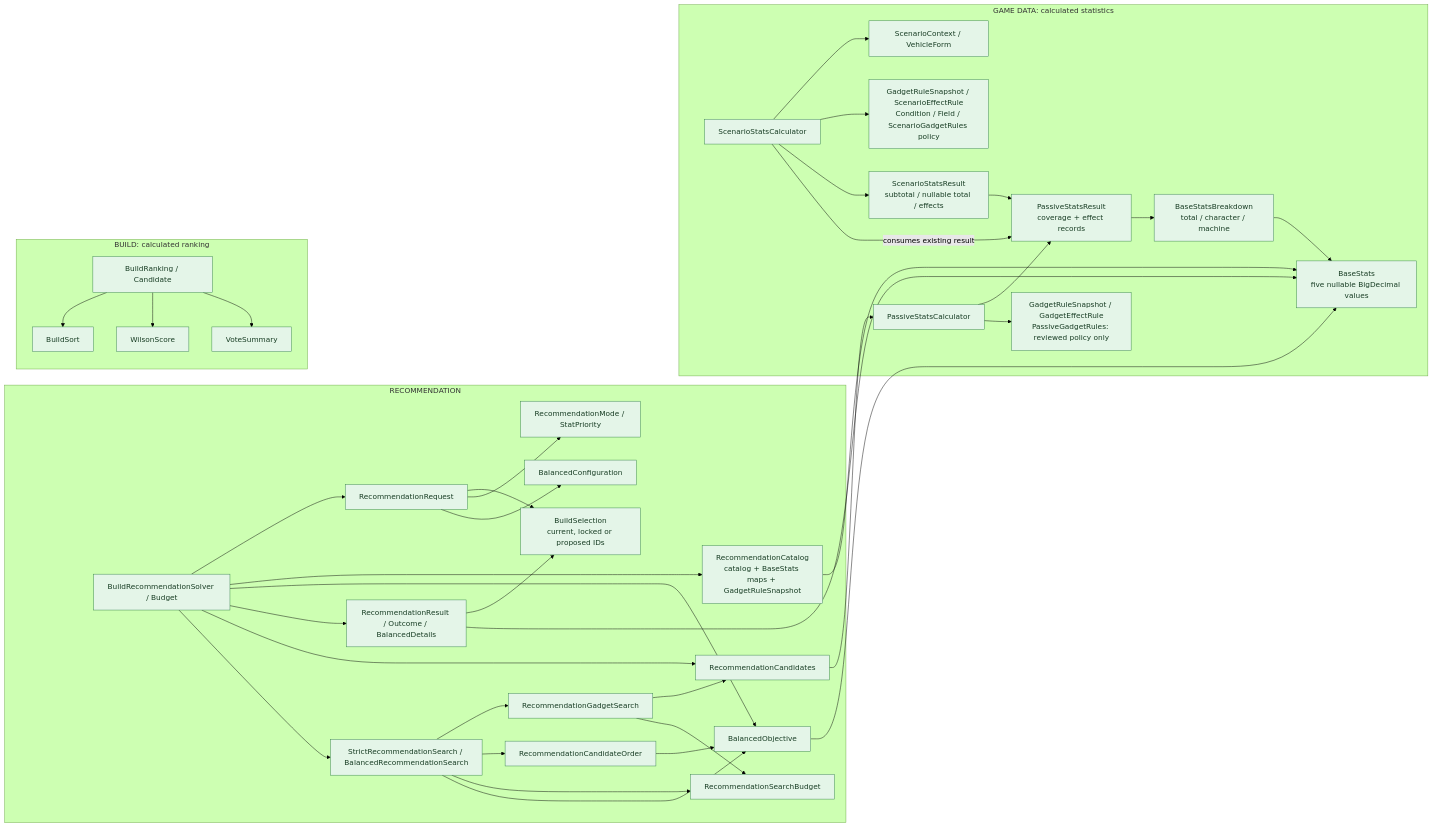
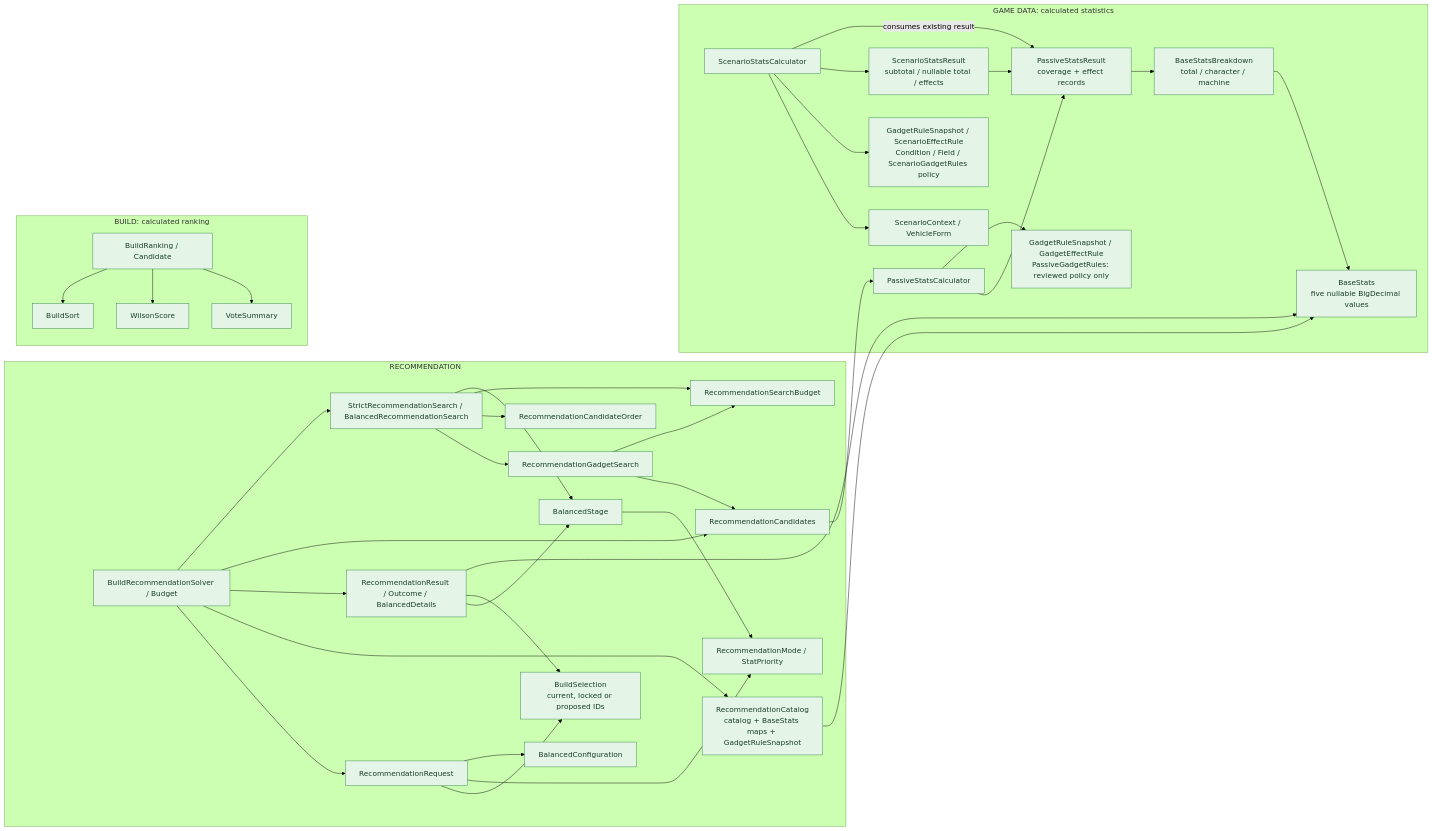
One commit to alexungu04genoff/RingLab changed the diagram in docs/architecture/domain-calculations.mmd. Above: the diagram before and after it, drawn with Mermaid (forest theme). The commit also changed 35 other files, not shown here.

```diff
--- a/docs/architecture/domain-calculations.mmd
+++ b/docs/architecture/domain-calculations.mmd
@@ -1,53 +1,52 @@
 flowchart LR
   subgraph recommendation["RECOMMENDATION"]
     request["RecommendationRequest"]:::domain
     selection["BuildSelection<br/>current, locked or proposed IDs"]:::domain
     mode["RecommendationMode / StatPriority"]:::domain
     config["BalancedConfiguration"]:::domain
     catalog["RecommendationCatalog<br/>catalog + BaseStats maps + GadgetRuleSnapshot"]:::domain
     solver["BuildRecommendationSolver / Budget"]:::domain
-    objective["BalancedObjective"]:::domain
+    objective["BalancedStage"]:::domain
     result["RecommendationResult / Outcome / BalancedDetails"]:::domain
     request --> selection
     request --> mode
     request --> config
     solver --> request
     solver --> catalog
-    solver --> objective
     solver --> result
     solver --> candidates["RecommendationCandidates"]:::domain
     solver --> searches["StrictRecommendationSearch / BalancedRecommendationSearch"]:::domain
     searches --> gadgets["RecommendationGadgetSearch"]:::domain
     searches --> order["RecommendationCandidateOrder"]:::domain
     searches --> budget["RecommendationSearchBudget"]:::domain
     gadgets --> candidates
     gadgets --> budget
     searches --> objective
-    order --> objective
+    result --> objective
     result --> selection
   end
   subgraph stats["GAME DATA: calculated statistics"]
     base["BaseStats<br/>five nullable BigDecimal values"]:::domain
     breakdown["BaseStatsBreakdown<br/>total / character / machine"]:::domain --> base
     passive["PassiveStatsResult<br/>coverage + effect records"]:::domain --> breakdown
     pc["PassiveStatsCalculator"]:::domain --> passive
     pr["GadgetRuleSnapshot / GadgetEffectRule<br/>PassiveGadgetRules: reviewed policy only"]:::domain
     pc --> pr
     context["ScenarioContext / VehicleForm"]:::domain
     sc["ScenarioStatsCalculator"]:::domain --> context
     sr["GadgetRuleSnapshot / ScenarioEffectRule<br/>Condition / Field / ScenarioGadgetRules policy"]:::domain
     sc --> sr
     scenario["ScenarioStatsResult<br/>subtotal / nullable total / effects"]:::domain --> passive
     sc --> scenario
     sc -->|"consumes existing result"| passive
   end
   subgraph ranking["BUILD: calculated ranking"]
     rank["BuildRanking / Candidate"]:::domain --> sort["BuildSort"]:::domain
     rank --> wilson["WilsonScore"]:::domain
     rank --> votes["VoteSummary"]:::domain
   end
   candidates --> pc
   catalog --> base
   result --> base
-  objective --> base
+  objective --> mode
   classDef domain fill:#e4f5e8,stroke:#37834c,color:#183d24
```
